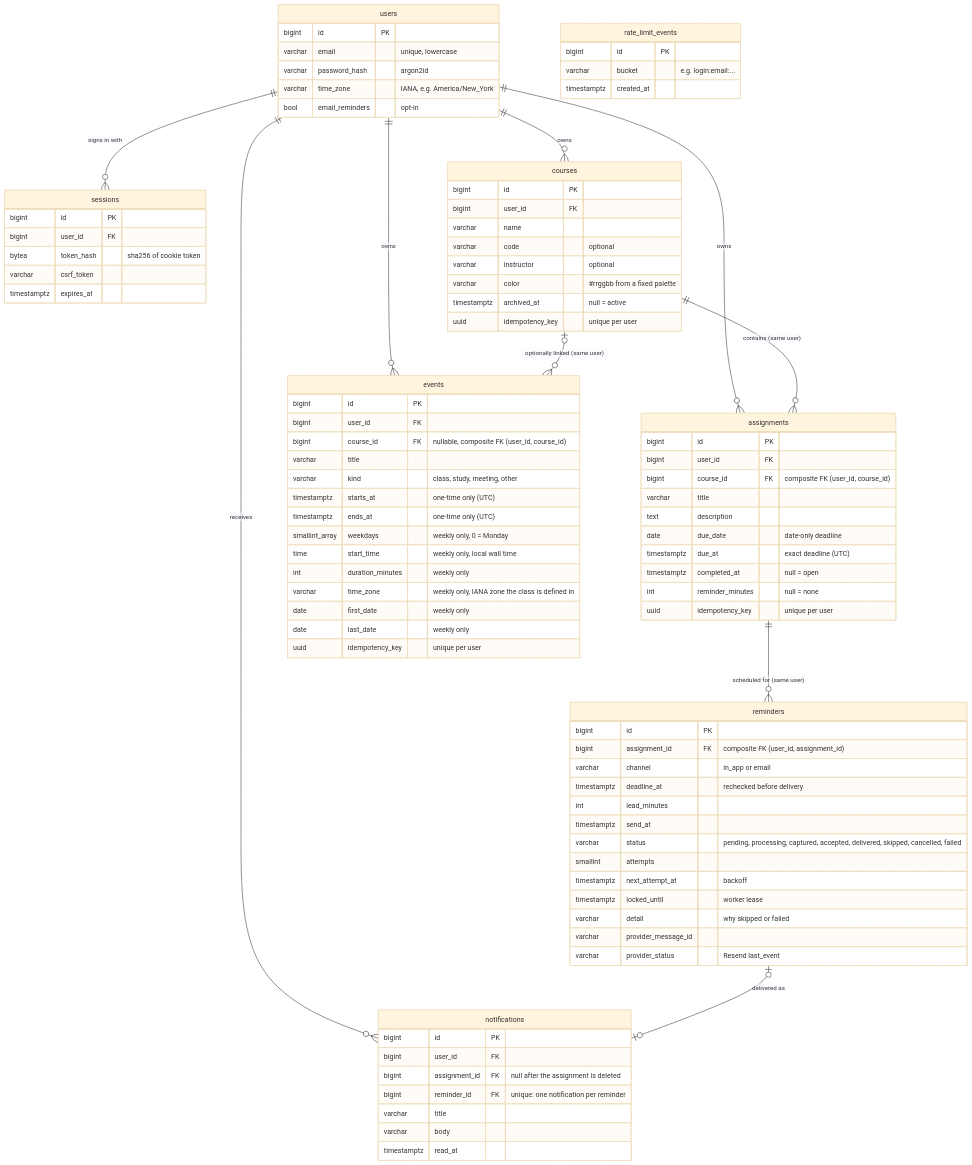
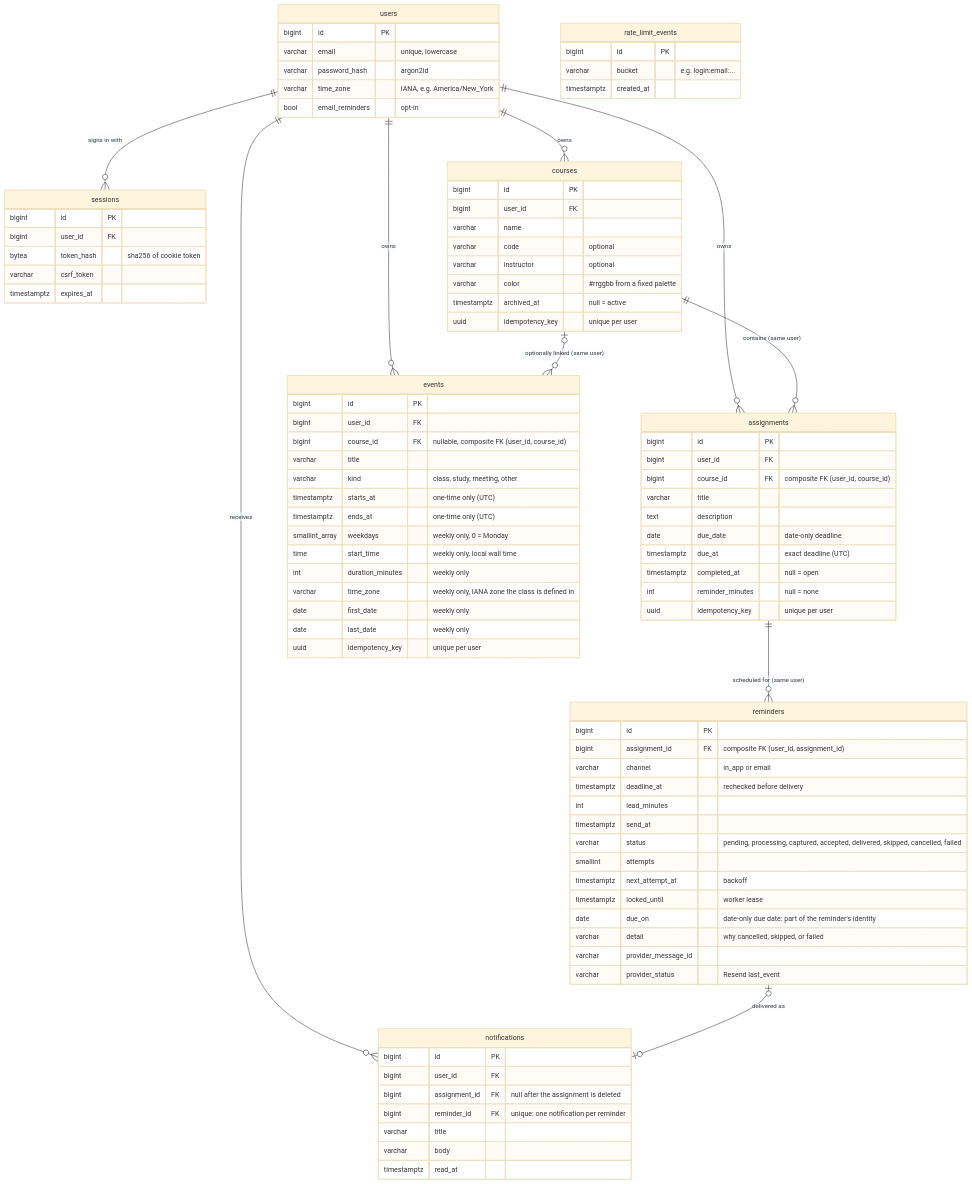
Before and after one commit to kplaza1009-create/campusflow: the second of 2 diagrams in README.md, drawn with Mermaid (base theme). The commit also changed other lines of this file and 3 other files, not shown here.

First line of the commit message:
Document reminder identity rules and refresh Today screenshots

```diff
--- a/README.md
+++ b/README.md
@@ -133,7 +133,8 @@
     smallint attempts
     timestamptz next_attempt_at "backoff"
     timestamptz locked_until "worker lease"
-    varchar detail "why skipped or failed"
+    date due_on "date-only due date: part of the reminder's identity"
+    varchar detail "why cancelled, skipped, or failed"
     varchar provider_message_id
     varchar provider_status "Resend last_event"
   }
```
